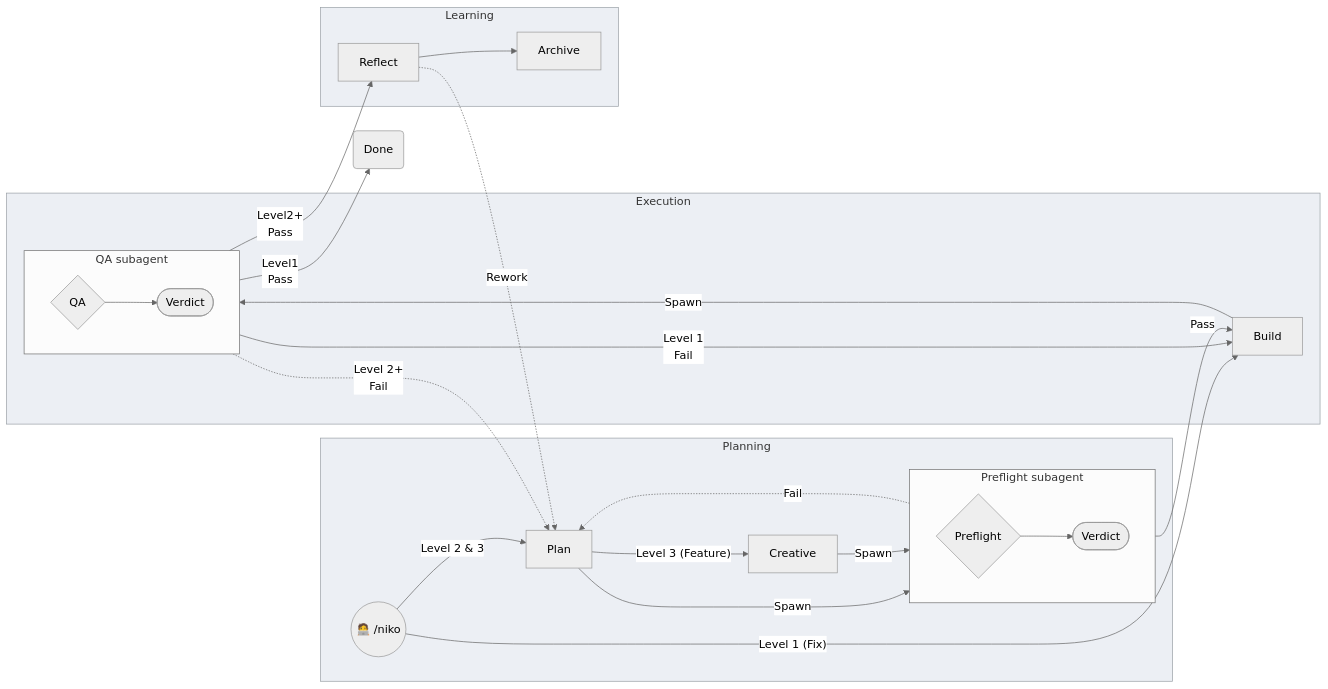
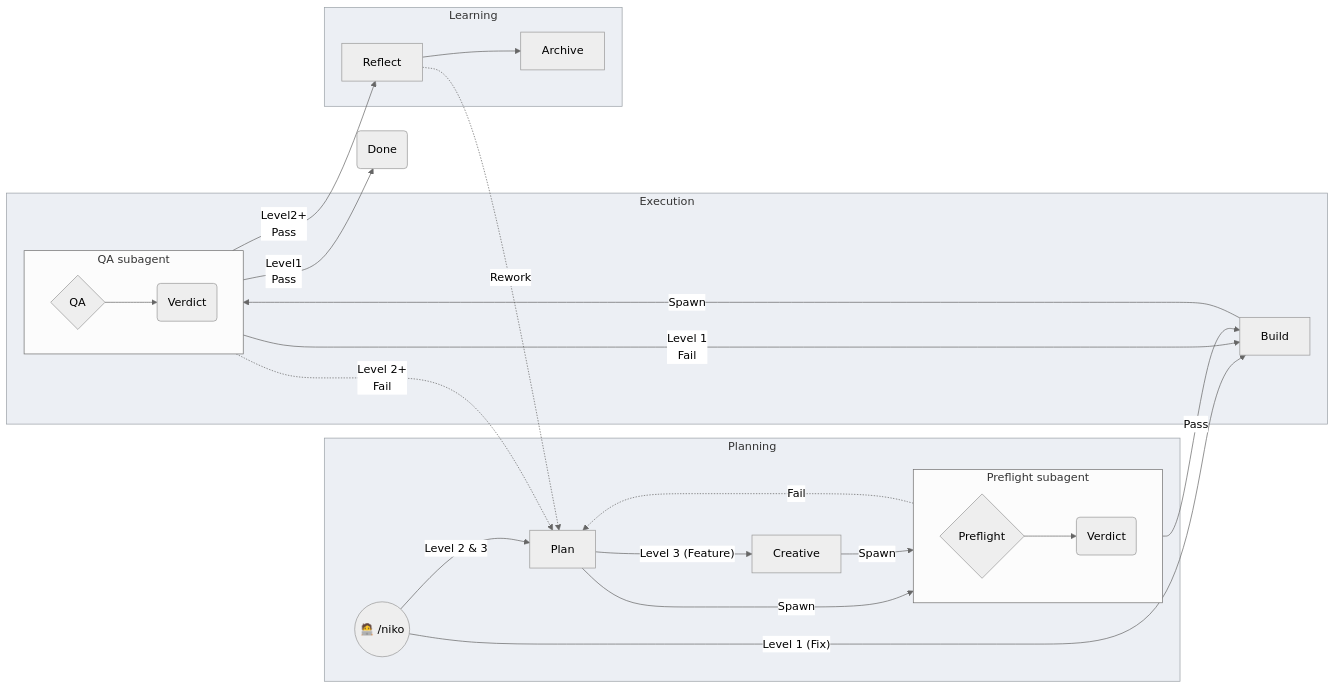
Before and after one commit to Texarkanine/.cursor-rules: the sixth of 7 diagrams in memory-bank/active/creative/creative-verification-diagrams-review.md, drawn with Mermaid (neutral theme). The commit also changed other lines of this file and 1 other file, not shown here.

Commit message:
chore: Verdict reuses Done rounded shape, not stadium

````diff
--- a/memory-bank/active/creative/creative-verification-diagrams-review.md
+++ b/memory-bank/active/creative/creative-verification-diagrams-review.md
@@ -165,45 +165,45 @@
 ```mermaid
 flowchart LR
 	Niko(("🧑‍💻 /niko"))
 	Archive["Archive"]
 
 	subgraph Planning
 		Plan["Plan"]
 		Creative["Creative"]
 		Niko -- "Level 2 & 3" --> Plan
 		Plan -- "Level 3 (Feature)" --> Creative
 		Plan --Spawn--> PF
 		Creative --Spawn--> PF
 		subgraph PFSA["Preflight subagent"]
 			direction LR
-			PF{"Preflight"} --> PFV(["Verdict"])
+			PF{"Preflight"} --> PFV("Verdict")
 		end
 		PFV -.->|"Fail"| Plan
 	end
 
 	Niko -- "Level 1 (Fix)" --> Build
 	PFV -->|"Pass"| Build
 
 	subgraph Execution
 		Build["Build"]
 		Build --Spawn--> QA
 		subgraph QASA["QA subagent"]
 			direction LR
-			QA{"QA"} --> QAV(["Verdict"])
+			QA{"QA"} --> QAV("Verdict")
 		end
 	end
 
 	QAV -->|"Level 1<br>Fail"| Build
 	QAV -.->|"Level 2+<br>Fail"| Plan
 	QAV -->|"Level1<br>Pass"| Done("Done")
 	QAV -->|"Level2+<br>Pass"| Reflect
 
 	subgraph Learning
 		Reflect["Reflect"]
 		Reflect -.->|"Rework"| Plan
 		Reflect --> Archive
 	end
 
 	classDef ideology fill:#eceff4,stroke:#9aa0a6,color:#333
 	class Planning,Execution,Learning ideology
 ```
````
